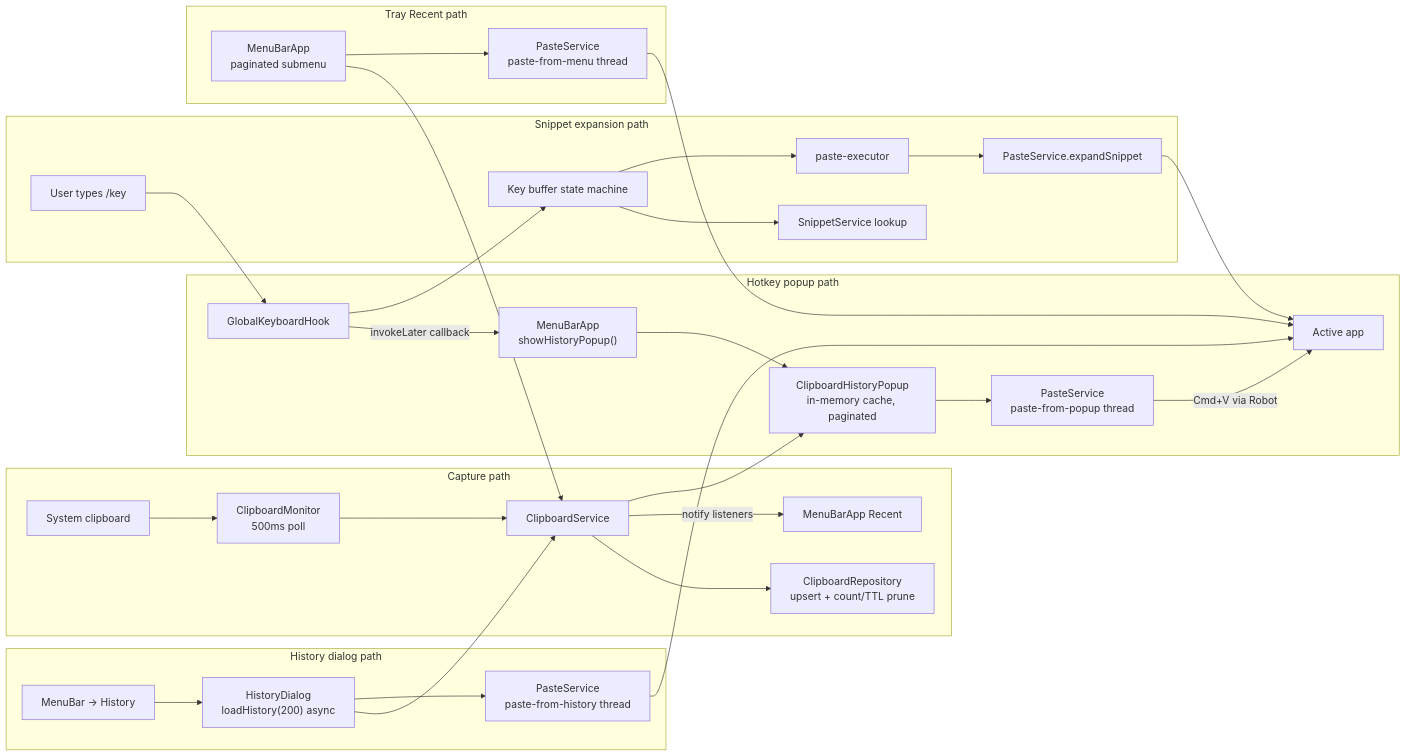
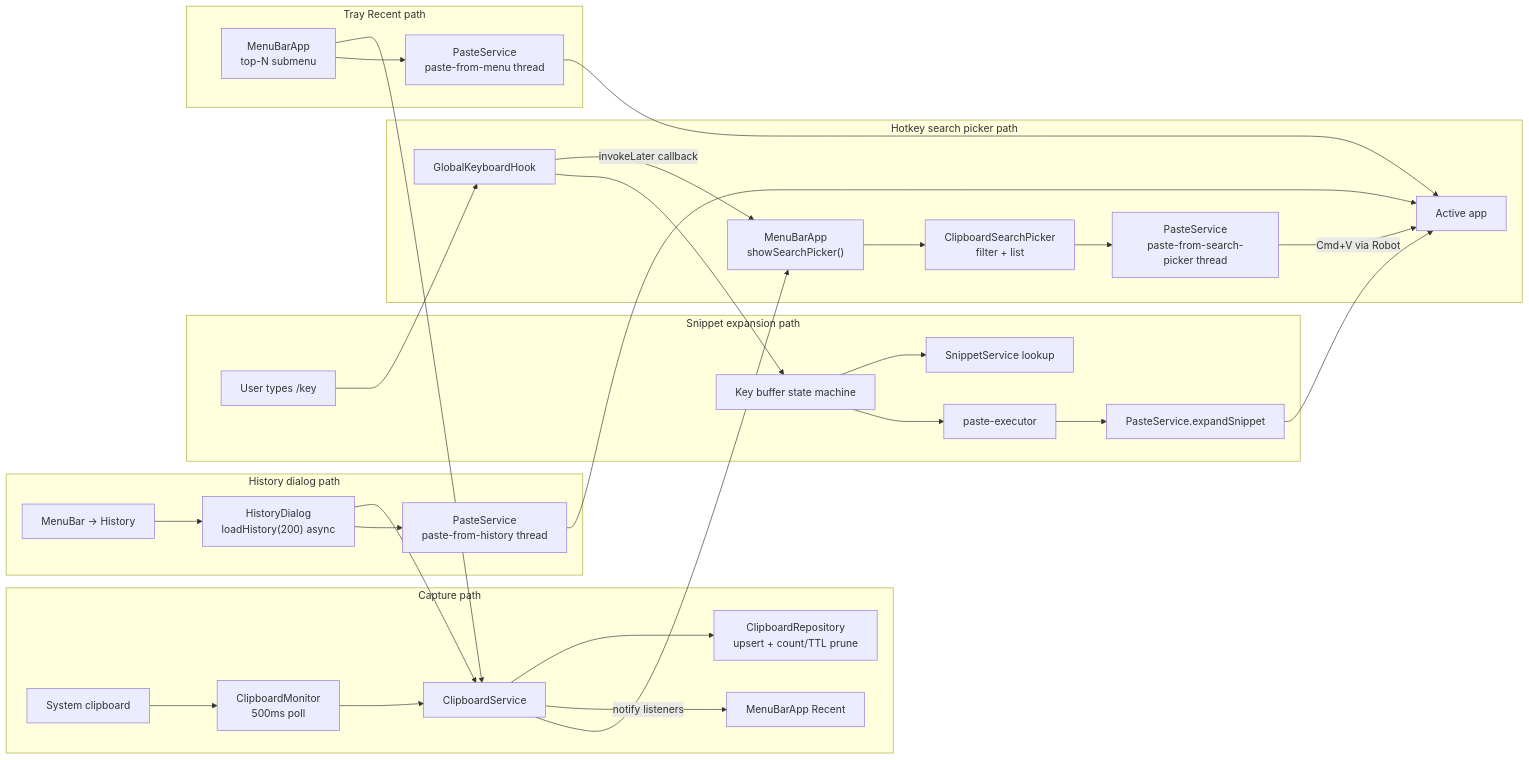
One commit to Meghna2528/Pasties changed the third of 5 diagrams in README.md. Above: the diagram before and after it, drawn with Mermaid. The commit also changed other lines of this file and 8 other files, not shown here.

````diff
--- a/README.md
+++ b/README.md
@@ -395,46 +438,46 @@
 ```mermaid
 flowchart LR
     subgraph Capture["Capture path"]
         CB["System clipboard"]
         CM["ClipboardMonitor<br/>500ms poll"]
         CS["ClipboardService"]
         CR["ClipboardRepository<br/>upsert + count/TTL prune"]
         CB --> CM --> CS --> CR
         CS -->|"notify listeners"| MB2["MenuBarApp Recent"]
     end
 
-    subgraph Hotkey["Hotkey popup path"]
+    subgraph Hotkey["Hotkey search picker path"]
         HK["GlobalKeyboardHook"]
-        MB4["MenuBarApp<br/>showHistoryPopup()"]
-        HP["ClipboardHistoryPopup<br/>in-memory cache, paginated"]
-        PS1["PasteService<br/>paste-from-popup thread"]
-        HK -->|"invokeLater callback"| MB4 --> HP --> PS1
-        CS --> HP
+        MB4["MenuBarApp<br/>showSearchPicker()"]
+        SP["ClipboardSearchPicker<br/>filter + list"]
+        PS1["PasteService<br/>paste-from-search-picker thread"]
+        HK -->|"invokeLater callback"| MB4 --> SP --> PS1
+        CS --> MB4
         PS1 -->|"Cmd+V via Robot"| App["Active app"]
     end
 
     subgraph History["History dialog path"]
         MB3["MenuBar → History"]
         HD["HistoryDialog<br/>loadHistory(200) async"]
         PS2["PasteService<br/>paste-from-history thread"]
         MB3 --> HD --> CS
         HD --> PS2 --> App
     end
 
     subgraph Snip["Snippet expansion path"]
         Keys["User types /key"]
         FSM["Key buffer state machine"]
         SS["SnippetService lookup"]
         PEx["paste-executor"]
         Keys --> HK --> FSM --> SS
         FSM --> PEx --> PS3["PasteService.expandSnippet"]
         PS3 --> App
     end
 
     subgraph Tray["Tray Recent path"]
-        MB["MenuBarApp<br/>paginated submenu"]
+        MB["MenuBarApp<br/>top-N submenu"]
         PS4["PasteService<br/>paste-from-menu thread"]
         MB --> CS
         MB --> PS4 --> App
     end
 ```
````
